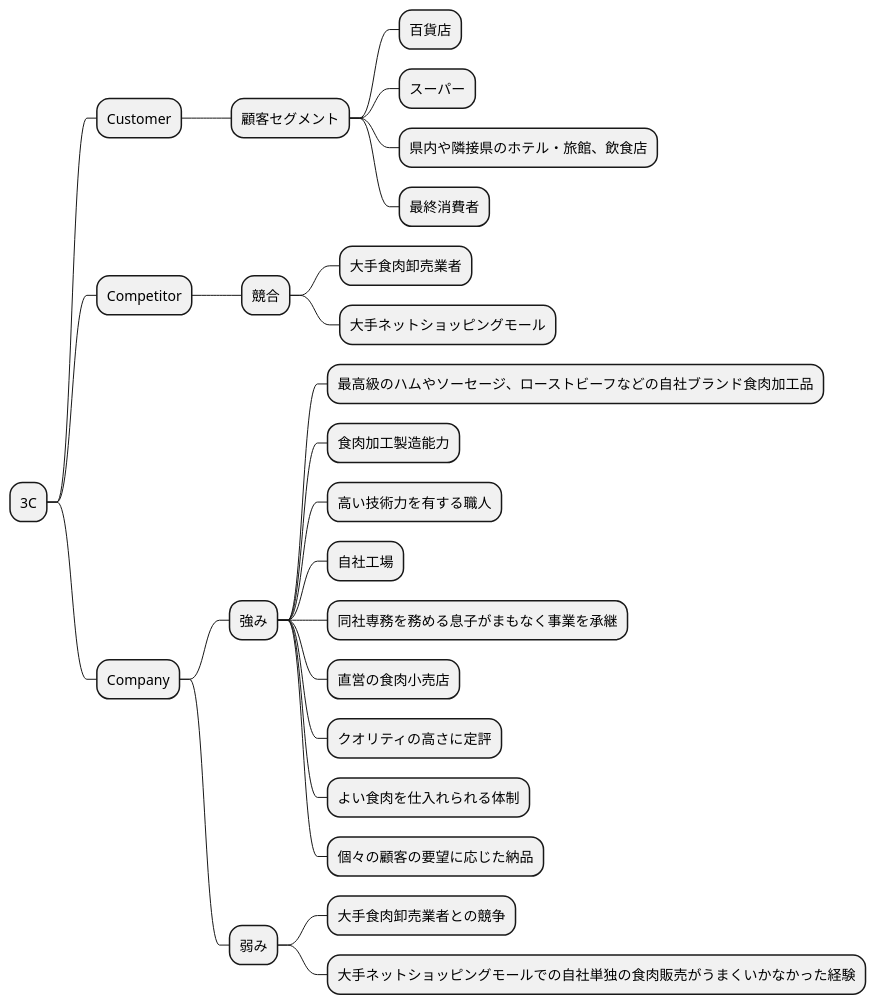
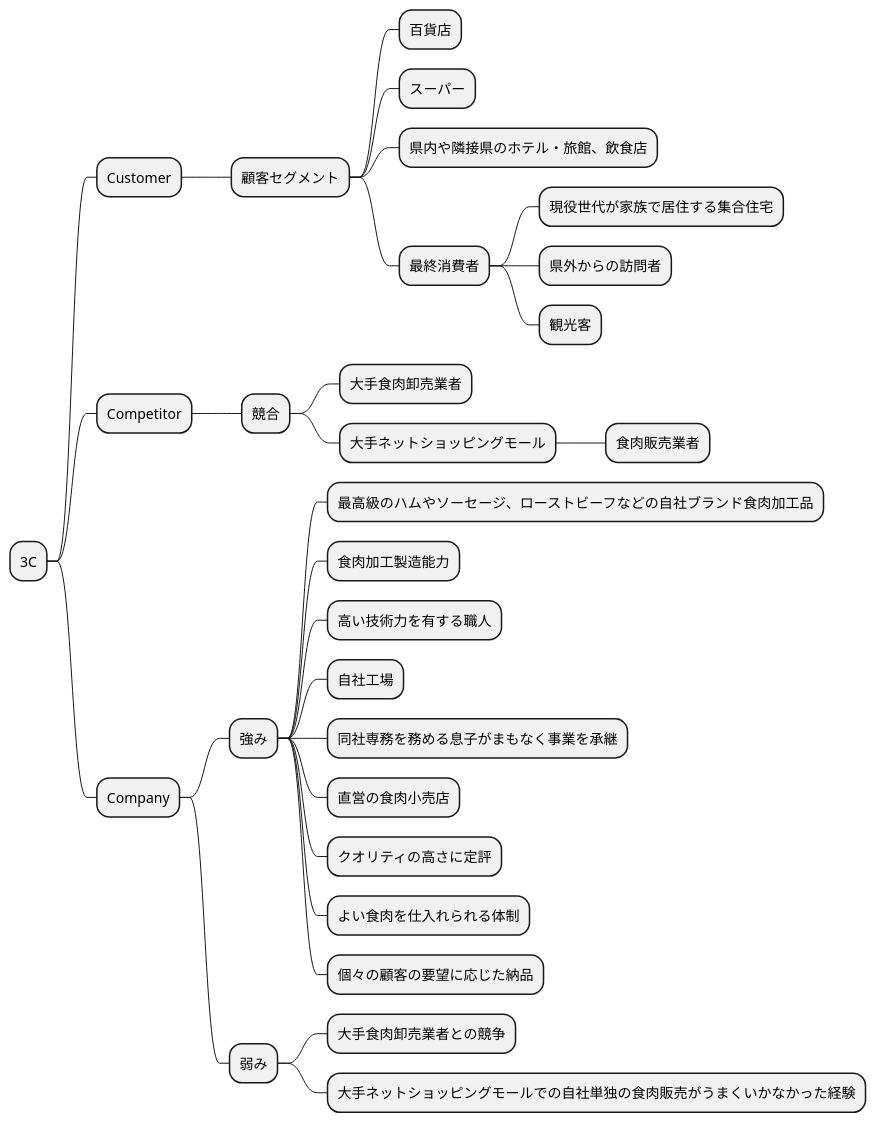
Before and after one commit to k2works/requirements_definition_excercise: the first of 7 diagrams in docs/R04/study/study_2_take01.md, drawn with PlantUML. The commit also changed other lines of this file, not shown here.

````diff
--- a/docs/R04/study/study_2_take01.md
+++ b/docs/R04/study/study_2_take01.md
@@ -40,30 +40,34 @@
 ```plantuml
 @startmindmap
 * 3C
 ** Customer
 *** 顧客セグメント
 **** 百貨店
 **** スーパー
 **** 県内や隣接県のホテル・旅館、飲食店
 **** 最終消費者
+***** 現役世代が家族で居住する集合住宅
+***** 県外からの訪問者
+***** 観光客
 ** Competitor
 *** 競合
 **** 大手食肉卸売業者
 **** 大手ネットショッピングモール
+***** 食肉販売業者
 ** Company
 *** 強み
 **** 最高級のハムやソーセージ、ローストビーフなどの自社ブランド食肉加工品
 **** 食肉加工製造能力
 **** 高い技術力を有する職人
 **** 自社工場
 **** 同社専務を務める息子がまもなく事業を承継
 **** 直営の食肉小売店
 **** クオリティの高さに定評
 **** よい食肉を仕入れられる体制
 **** 個々の顧客の要望に応じた納品
 *** 弱み
 **** 大手食肉卸売業者との競争
 **** 大手ネットショッピングモールでの自社単独の食肉販売がうまくいかなかった経験
 
 @endmindmap
 ```
````
